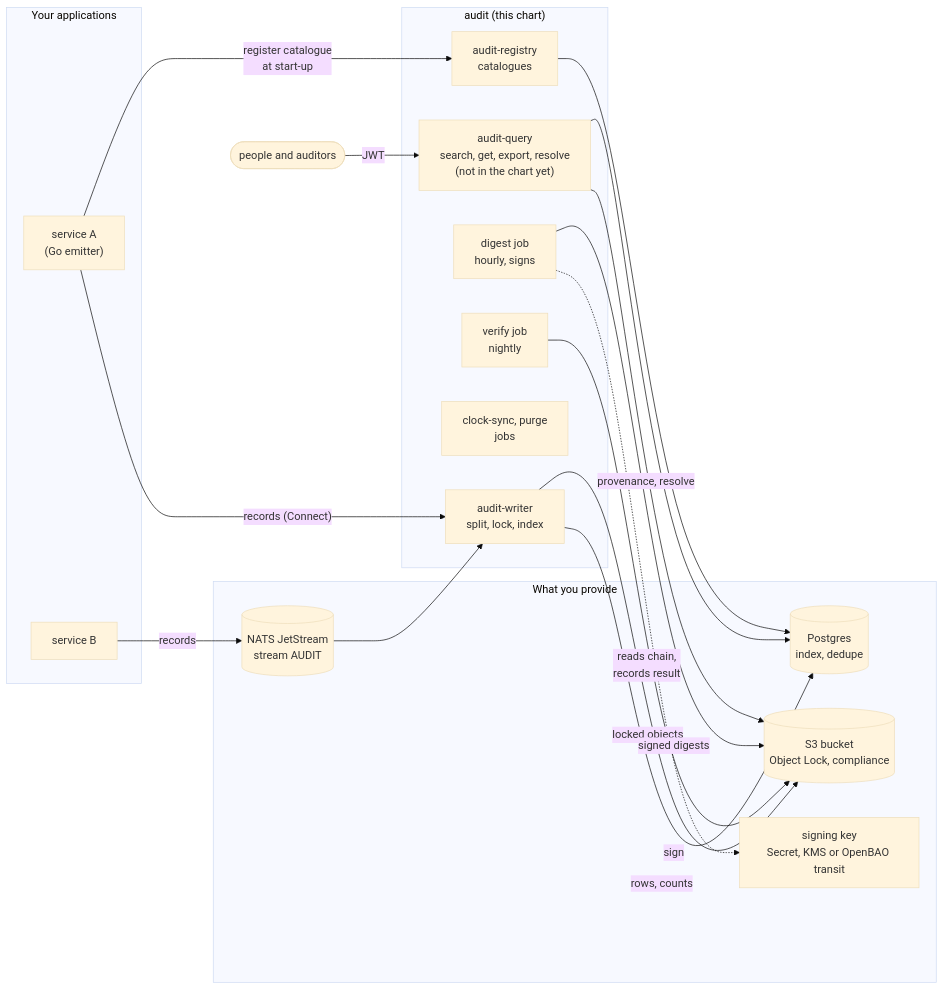
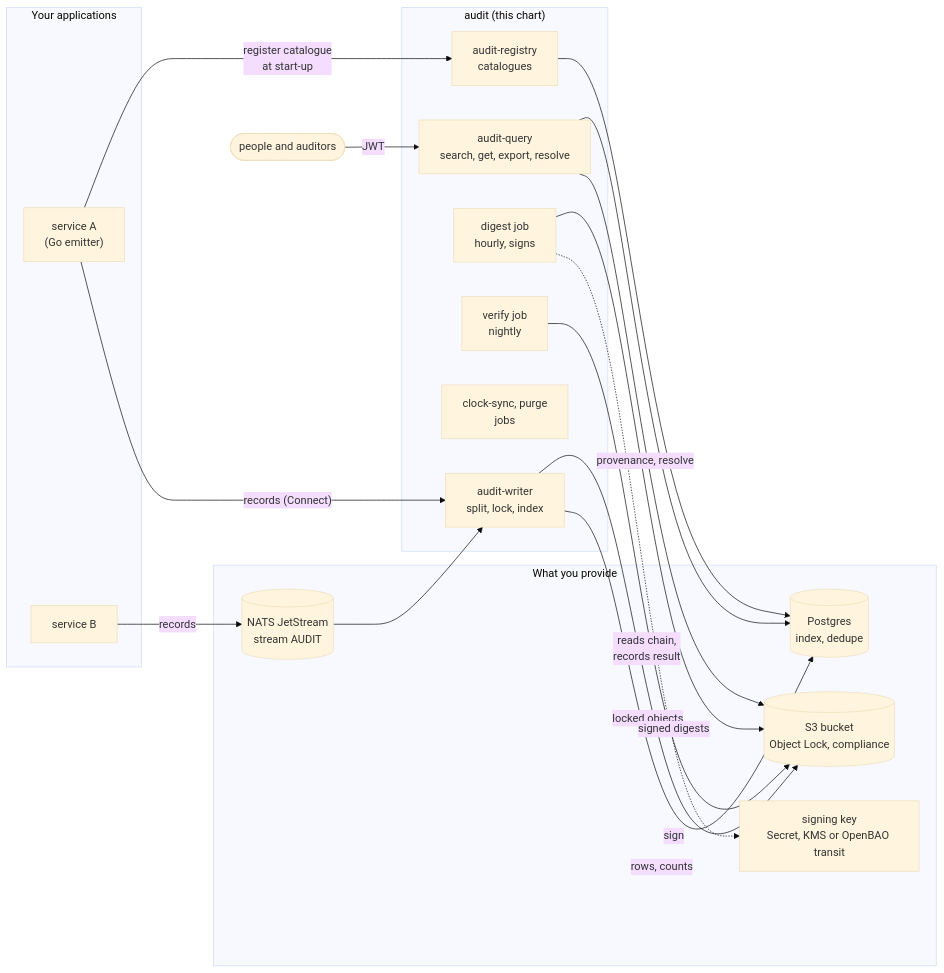
One commit to truvity/audit changed the diagram in docs/guides/deploy.md. Above: the diagram before and after it, drawn with Mermaid (base theme). The commit also changed other lines of this file and 19 other files, not shown here.

````diff
--- a/docs/guides/deploy.md
+++ b/docs/guides/deploy.md
@@ -10,36 +10,36 @@
 ```mermaid
 flowchart LR
   subgraph apps["Your applications"]
     A1["service A<br/>(Go emitter)"]
     A2["service B"]
   end
 
   subgraph audit["audit (this chart)"]
     REG["audit-registry<br/>catalogues"]
     W["audit-writer<br/>split, lock, index"]
     J1["digest job<br/>hourly, signs"]
     J2["verify job<br/>nightly"]
     J3["clock-sync, purge<br/>jobs"]
-    Q["audit-query<br/>search, get, export, resolve<br/>(not in the chart yet)"]
+    Q["audit-query<br/>search, get, export, resolve"]
   end
 
   subgraph infra["What you provide"]
     NATS[("NATS JetStream<br/>stream AUDIT")]
     S3[("S3 bucket<br/>Object Lock, compliance")]
     PG[("Postgres<br/>index, dedupe")]
     KEY["signing key<br/>Secret, KMS or OpenBAO transit"]
   end
 
   A1 -- "register catalogue<br/>at start-up" --> REG
   A1 -- "records (Connect)" --> W
   A2 -- "records" --> NATS --> W
   W -- "locked objects" --> S3
   W -- "rows, counts" --> PG
   REG --> PG
   J1 -- "signed digests" --> S3
   J1 -. "sign" .-> KEY
   J2 -- "reads chain,<br/>records result" --> S3
   Q --> PG
   Q -- "provenance, resolve" --> S3
   People(["people and auditors"]) -- "JWT" --> Q
 ```
````
